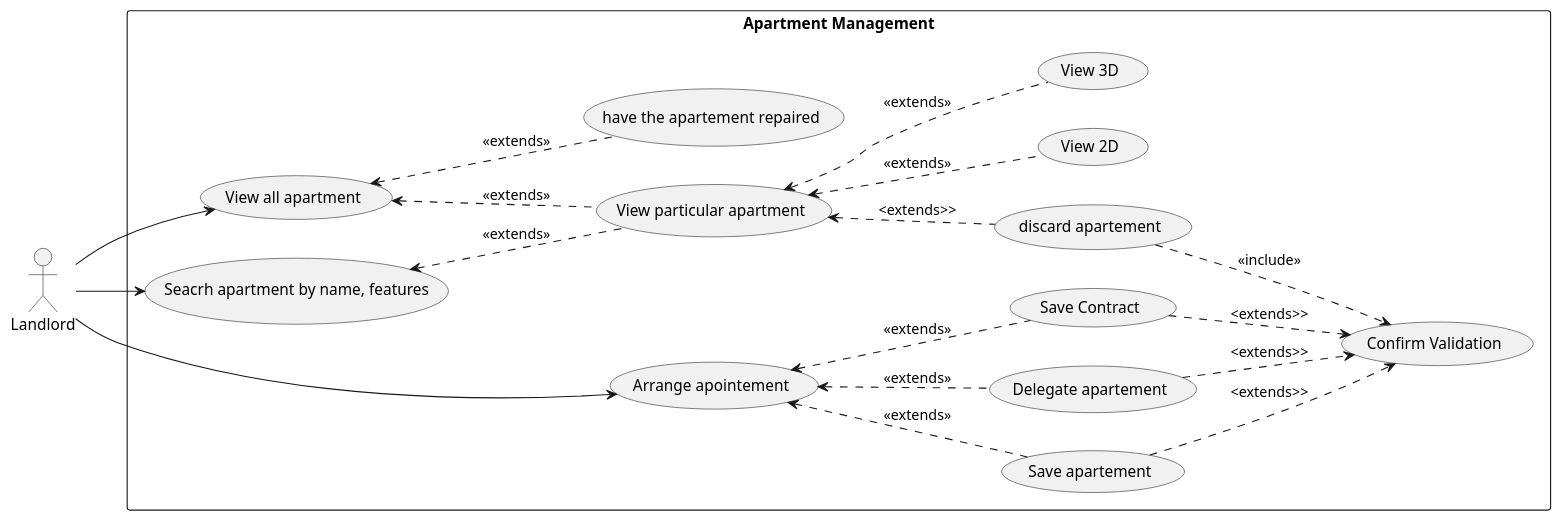
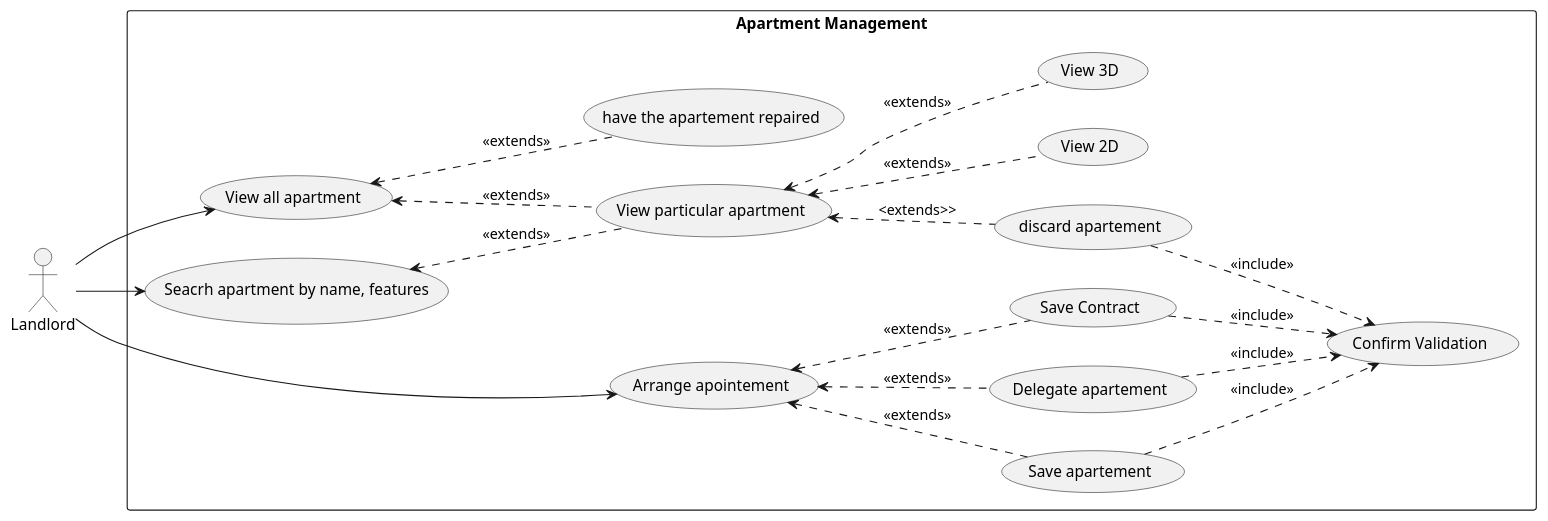
Before and after one commit to SprigganTwelve/immo-flow: the diagram in architecture/apartment/usecase.puml, drawn with PlantUML. The commit also changed 7 other files, not shown here.

Commit message:
class uml, update DocumentToolkit handler

```diff
--- a/architecture/apartment/usecase.puml
+++ b/architecture/apartment/usecase.puml
@@ -1,62 +1,63 @@
 @startuml
 
 
 left to right direction
 
 Actor Landlord
 
 rectangle "Apartment Management" {
 
     'Global
     (Confirm Validation) as USG1
     
     'Arrange apotement
     (Arrange apointement) as US1
     (Save apartement) as US12
     (Delegate apartement) as US13
     (Save Contract) as US14
 
     'Manage apartment
 
     (View all apartment) as US3
 
     (View particular apartment) as US31
     (discard apartement) as US311
     (View 2D) as US312
     (View 3D) as US313
     (have the apartement repaired) as US33
 
     (Seacrh apartment by name, features) as US4
 }
 
 
 'Buy apartement
 
 Landlord -left-> US1
 US1 <.. US12 : <<extends>>
 US1 <.. US13 : <<extends>>
 US1 <.. US14 : <<extends>>
 
-US12 ..> USG1: <extends>>
-US13 ..> USG1: <extends>>
-US14 ..> USG1: <extends>>
+US12 ..> USG1: <<include>>
+US13 ..> USG1: <<include>>
+US14 ..> USG1: <<include>>
 
 'Manage appartement
+
 Landlord --> US3
 US3   <.. US31   : <<extends>>
 US31  <.. US311  : <extends>>
 US311 ..> USG1   : <<include>>
 
 US31  <.. US312  : <<extends>>
 US31  <.. US313  : <<extends>>
 
 Landlord --> US4
 US4 <.. US31 : <<extends>>
 
 'Repair apartment
 
 US3 <.. US33: <<extends>>
 
 
 
 @enduml
```
